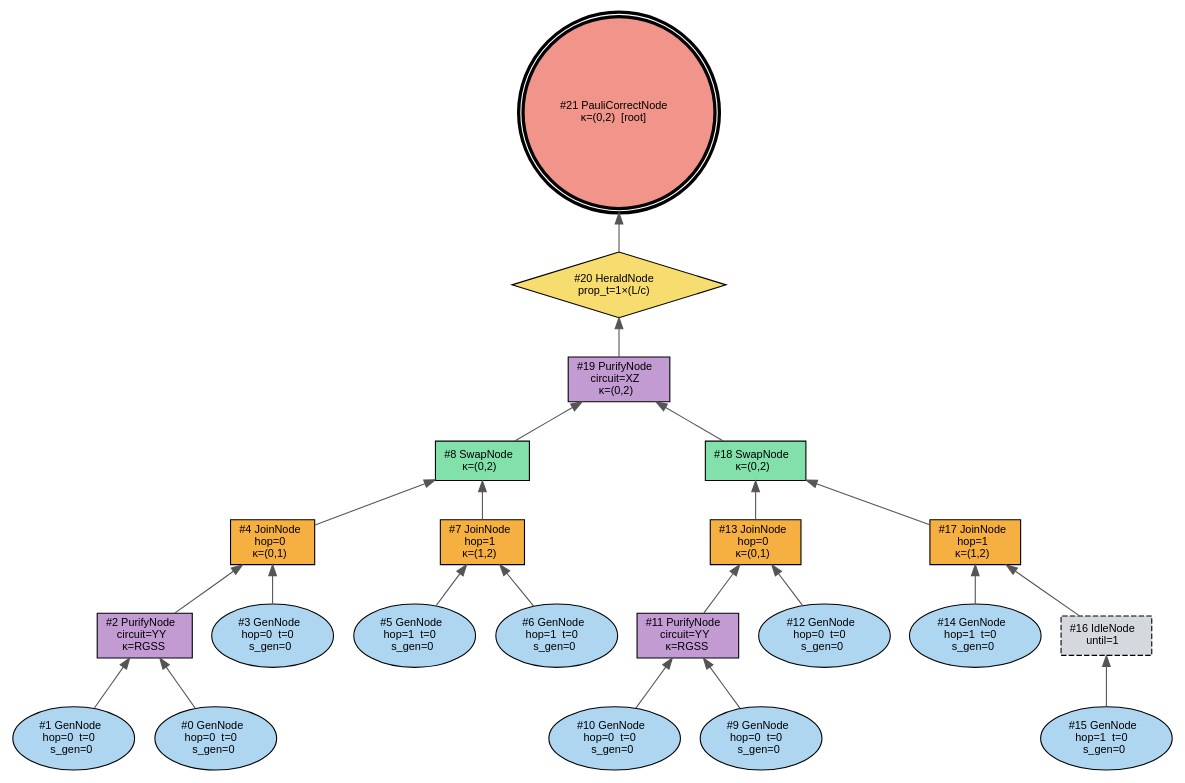
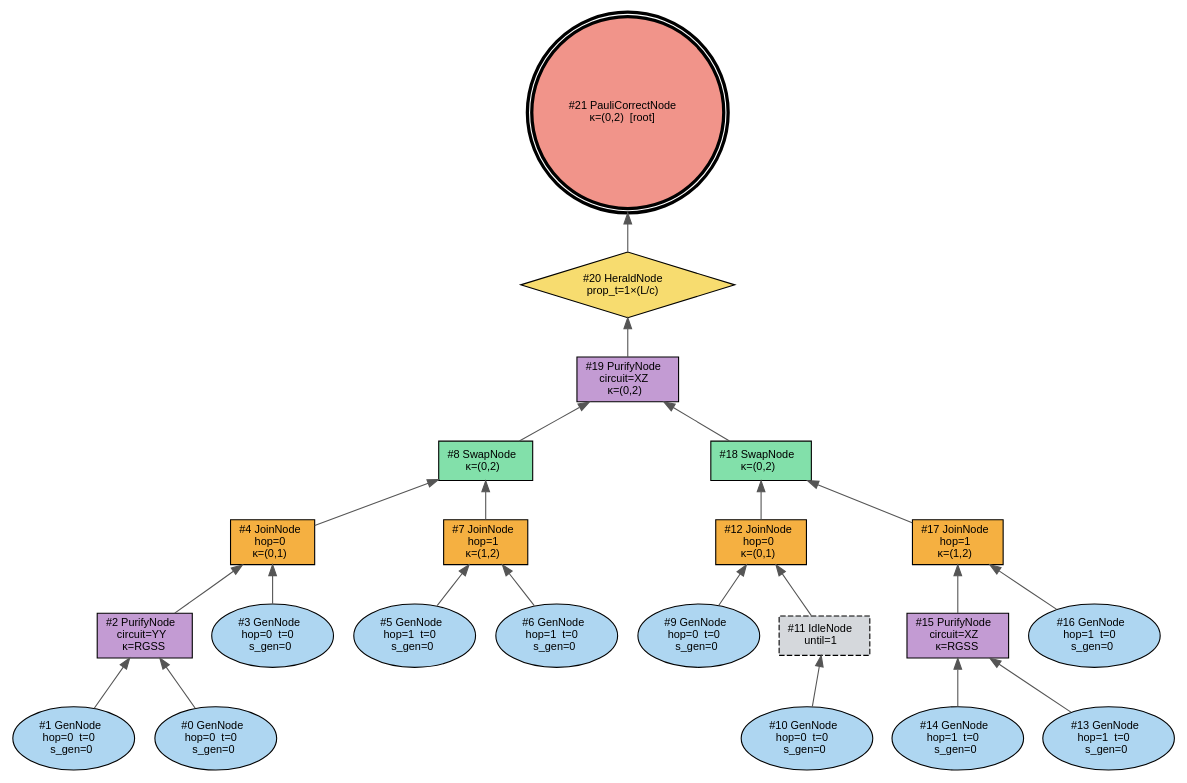
The diagram in outputs/worked_example_n2/dag.dot (EliottFlechtner/entanglement-purification-scheduler), drawn with Graphviz before and after one commit. The commit also changed 5 other files, not shown here.

```diff
--- a/outputs/worked_example_n2/dag.dot
+++ b/outputs/worked_example_n2/dag.dot
@@ -1,48 +1,48 @@
 digraph Sigma_N2_example {
     rankdir="BT";
     node [fontname="Helvetica", fontsize=10];
     edge [fontname="Helvetica", fontsize=9, color="#555555"];
     n0 [label=<#0 GenNode<BR/>hop=0  t=0<BR/>s_gen=0>, shape=ellipse, style="filled", fillcolor="#AED6F1", penwidth=1];
     n1 [label=<#1 GenNode<BR/>hop=0  t=0<BR/>s_gen=0>, shape=ellipse, style="filled", fillcolor="#AED6F1", penwidth=1];
     n2 [label=<#2 PurifyNode<BR/>circuit=YY<BR/>κ=RGSS>, shape=box, style="filled", fillcolor="#C39BD3", penwidth=1];
     n3 [label=<#3 GenNode<BR/>hop=0  t=0<BR/>s_gen=0>, shape=ellipse, style="filled", fillcolor="#AED6F1", penwidth=1];
     n4 [label=<#4 JoinNode<BR/>hop=0<BR/>κ=(0,1)>, shape=box, style="filled", fillcolor="#F5B041", penwidth=1];
     n5 [label=<#5 GenNode<BR/>hop=1  t=0<BR/>s_gen=0>, shape=ellipse, style="filled", fillcolor="#AED6F1", penwidth=1];
     n6 [label=<#6 GenNode<BR/>hop=1  t=0<BR/>s_gen=0>, shape=ellipse, style="filled", fillcolor="#AED6F1", penwidth=1];
     n7 [label=<#7 JoinNode<BR/>hop=1<BR/>κ=(1,2)>, shape=box, style="filled", fillcolor="#F5B041", penwidth=1];
     n8 [label=<#8 SwapNode<BR/>κ=(0,2)>, shape=box, style="filled", fillcolor="#82E0AA", penwidth=1];
     n9 [label=<#9 GenNode<BR/>hop=0  t=0<BR/>s_gen=0>, shape=ellipse, style="filled", fillcolor="#AED6F1", penwidth=1];
     n10 [label=<#10 GenNode<BR/>hop=0  t=0<BR/>s_gen=0>, shape=ellipse, style="filled", fillcolor="#AED6F1", penwidth=1];
-    n11 [label=<#11 PurifyNode<BR/>circuit=YY<BR/>κ=RGSS>, shape=box, style="filled", fillcolor="#C39BD3", penwidth=1];
-    n12 [label=<#12 GenNode<BR/>hop=0  t=0<BR/>s_gen=0>, shape=ellipse, style="filled", fillcolor="#AED6F1", penwidth=1];
-    n13 [label=<#13 JoinNode<BR/>hop=0<BR/>κ=(0,1)>, shape=box, style="filled", fillcolor="#F5B041", penwidth=1];
+    n11 [label=<#11 IdleNode<BR/>until=1>, shape=box, style="filled,dashed", fillcolor="#D5D8DC", penwidth=1];
+    n12 [label=<#12 JoinNode<BR/>hop=0<BR/>κ=(0,1)>, shape=box, style="filled", fillcolor="#F5B041", penwidth=1];
+    n13 [label=<#13 GenNode<BR/>hop=1  t=0<BR/>s_gen=0>, shape=ellipse, style="filled", fillcolor="#AED6F1", penwidth=1];
     n14 [label=<#14 GenNode<BR/>hop=1  t=0<BR/>s_gen=0>, shape=ellipse, style="filled", fillcolor="#AED6F1", penwidth=1];
-    n15 [label=<#15 GenNode<BR/>hop=1  t=0<BR/>s_gen=0>, shape=ellipse, style="filled", fillcolor="#AED6F1", penwidth=1];
-    n16 [label=<#16 IdleNode<BR/>until=1>, shape=box, style="filled,dashed", fillcolor="#D5D8DC", penwidth=1];
+    n15 [label=<#15 PurifyNode<BR/>circuit=XZ<BR/>κ=RGSS>, shape=box, style="filled", fillcolor="#C39BD3", penwidth=1];
+    n16 [label=<#16 GenNode<BR/>hop=1  t=0<BR/>s_gen=0>, shape=ellipse, style="filled", fillcolor="#AED6F1", penwidth=1];
     n17 [label=<#17 JoinNode<BR/>hop=1<BR/>κ=(1,2)>, shape=box, style="filled", fillcolor="#F5B041", penwidth=1];
     n18 [label=<#18 SwapNode<BR/>κ=(0,2)>, shape=box, style="filled", fillcolor="#82E0AA", penwidth=1];
     n19 [label=<#19 PurifyNode<BR/>circuit=XZ<BR/>κ=(0,2)>, shape=box, style="filled", fillcolor="#C39BD3", penwidth=1];
     n20 [label=<#20 HeraldNode<BR/>prop_t=1×(L/c)>, shape=diamond, style="filled", fillcolor="#F7DC6F", penwidth=1];
     n21 [label=<#21 PauliCorrectNode<BR/>κ=(0,2)  [root]>, shape=doublecircle, style="filled", fillcolor="#F1948A", penwidth=3];
     n0 -> n2;
     n1 -> n2;
     n2 -> n4;
     n3 -> n4;
     n5 -> n7;
     n6 -> n7;
     n4 -> n8;
     n7 -> n8;
-    n9 -> n11;
     n10 -> n11;
-    n11 -> n13;
-    n12 -> n13;
-    n15 -> n16;
-    n14 -> n17;
+    n9 -> n12;
+    n11 -> n12;
+    n13 -> n15;
+    n14 -> n15;
+    n15 -> n17;
     n16 -> n17;
-    n13 -> n18;
+    n12 -> n18;
     n17 -> n18;
     n8 -> n19;
     n18 -> n19;
     n19 -> n20;
     n20 -> n21;
 }
```
